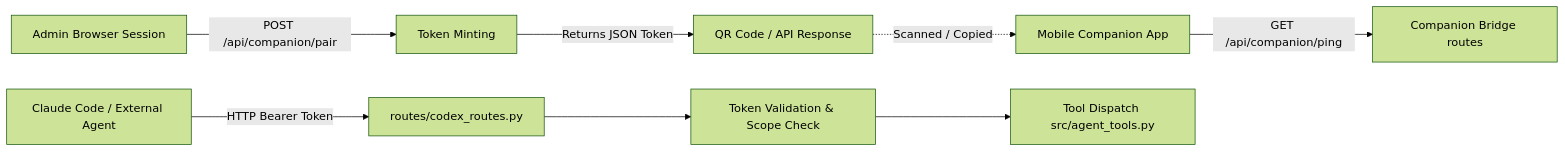
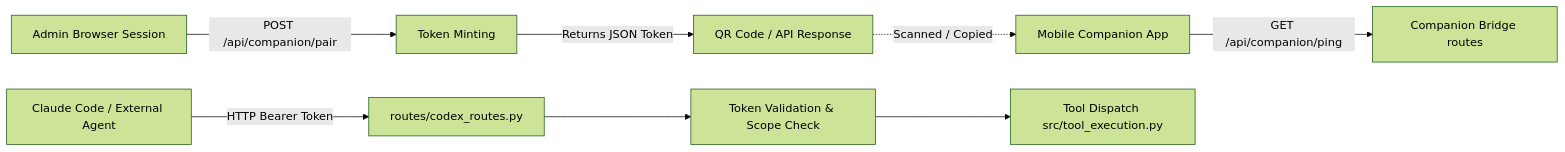
Diagram 16 of 27 in docs/ARCHITECTURE.md (odysseus-dev/odysseus), drawn with Mermaid (forest theme) before and after one commit. The commit also changed other lines of this file, not shown here.

First line of the commit message:
docs(architecture): complete gap analysis and document missing files

````diff
--- a/docs/ARCHITECTURE.md
+++ b/docs/ARCHITECTURE.md
@@ -1720,10 +1747,10 @@
 ```mermaid
 graph LR
     Client[Mobile Companion App] --> |GET /api/companion/ping| Bridge[Companion Bridge routes]
     Browser[Admin Browser Session] --> |POST /api/companion/pair| Mint[Token Minting]
     Mint --> |Returns JSON Token| QRCode[QR Code / API Response]
     QRCode -.-> |Scanned / Copied| Client
     Agent[Claude Code / External Agent] --> |HTTP Bearer Token| Codex[routes/codex_routes.py]
     Codex --> Auth[Token Validation & Scope Check]
-    Auth --> ToolIndex[Tool Dispatch src/agent_tools.py]
+    Auth --> ToolIndex[Tool Dispatch src/tool_execution.py]
 ```
````
